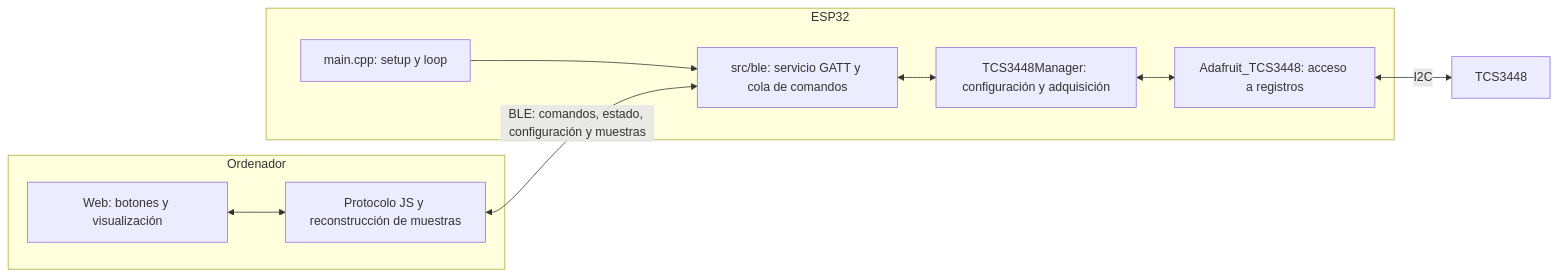
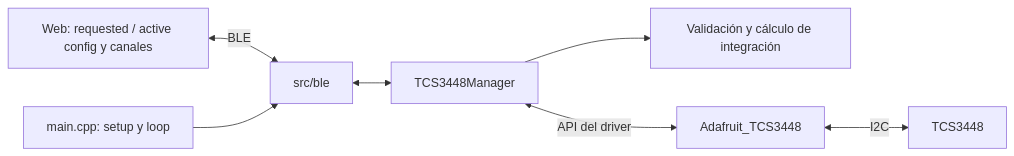
The first of 2 diagrams in README_APP.md (dani68k/TCS3448), drawn with Mermaid before and after one commit. The commit also changed other lines of this file and 38 other files, not shown here.

````diff
--- a/README_APP.md
+++ b/README_APP.md
@@ -10,20 +26,9 @@
 ```mermaid
 flowchart LR
-    subgraph PC[Ordenador]
-        UI[Web: botones y visualización]
-        JS[Protocolo JS y reconstrucción de muestras]
-        UI <--> JS
-    end
-    subgraph ESP[ESP32]
-        MAIN[main.cpp: setup y loop]
-        BLE[src/ble: servicio GATT y cola de comandos]
-        MAN[TCS3448Manager: configuración y adquisición]
-        DRV[Adafruit_TCS3448: acceso a registros]
-        MAIN --> BLE
-        BLE <--> MAN
-        MAN <--> DRV
-    end
-    SENSOR[TCS3448]
-    JS <-->|BLE: comandos, estado, configuración y muestras| BLE
-    DRV <-->|I2C| SENSOR
+    WEB[Web: requested / active config y canales] <-->|BLE| BLE[src/ble]
+    MAIN[main.cpp: setup y loop] --> BLE
+    BLE <--> MAN[TCS3448Manager]
+    MAN --> MATH[Validación y cálculo de integración]
+    MAN <-->|API del driver| DRIVER[Adafruit_TCS3448]
+    DRIVER <-->|I2C| SENSOR[TCS3448]
 ```
````
